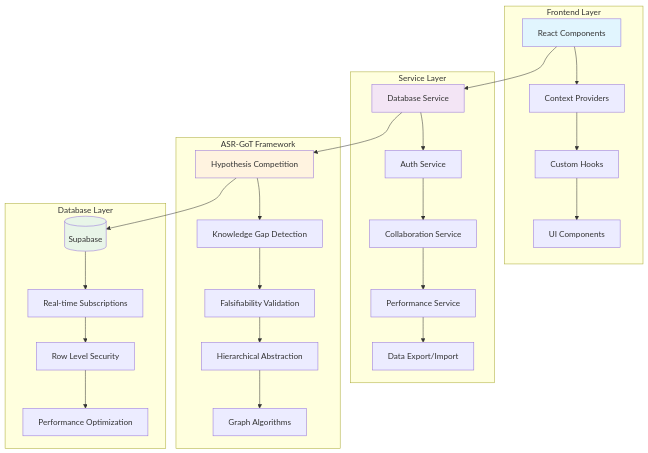
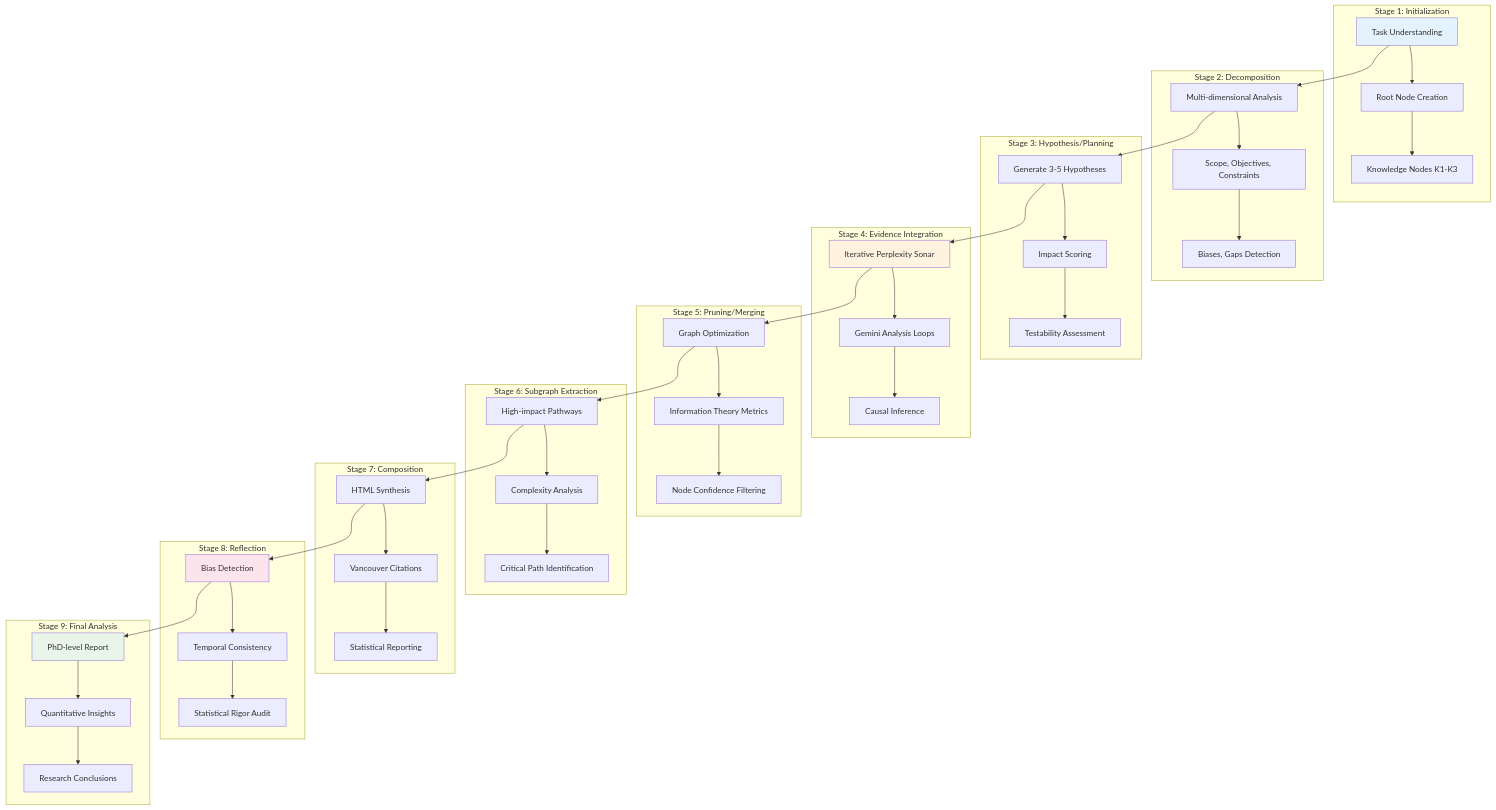
The first of 3 diagrams in README.md (SaptaDey/asr-nexus-explorer), drawn with Mermaid before and after one commit. The commit also changed other lines of this file and 6 other files, not shown here.

First line of the commit message:
MAJOR ENHANCEMENT: Complete ASR-GoT framework fixes and improvements

````diff
--- a/README.md
+++ b/README.md
@@ -57,37 +41,54 @@
 ```mermaid
 graph TB
-    subgraph "Frontend Layer"
-        A[React Components] --> B[Context Providers]
-        B --> C[Custom Hooks]
-        C --> D[UI Components]
+    subgraph "Stage 1: Initialization"
+        A[Task Understanding] --> B[Root Node Creation]
+        B --> C[Knowledge Nodes K1-K3]
     end
     
-    subgraph "Service Layer"
-        E[Database Service] --> F[Auth Service]
-        F --> G[Collaboration Service]
-        G --> H[Performance Service]
-        H --> I[Data Export/Import]
+    subgraph "Stage 2: Decomposition"
+        D[Multi-dimensional Analysis] --> E[Scope, Objectives, Constraints]
+        E --> F[Biases, Gaps Detection]
     end
     
-    subgraph "ASR-GoT Framework"
-        J[Hypothesis Competition] --> K[Knowledge Gap Detection]
-        K --> L[Falsifiability Validation]
-        L --> M[Hierarchical Abstraction]
-        M --> N[Graph Algorithms]
+    subgraph "Stage 3: Hypothesis/Planning"
+        G[Generate 3-5 Hypotheses] --> H[Impact Scoring]
+        H --> I[Testability Assessment]
     end
     
-    subgraph "Database Layer"
-        O[(Supabase)] --> P[Real-time Subscriptions]
-        P --> Q[Row Level Security]
-        Q --> R[Performance Optimization]
+    subgraph "Stage 4: Evidence Integration"
+        J[Iterative Perplexity Sonar] --> K[Gemini Analysis Loops]
+        K --> L[Causal Inference]
     end
     
-    A --> E
-    E --> J
-    J --> O
+    subgraph "Stage 5: Pruning/Merging"
+        M[Graph Optimization] --> N[Information Theory Metrics]
+        N --> O[Node Confidence Filtering]
+    end
     
-    style A fill:#e1f5fe
-    style E fill:#f3e5f5
+    subgraph "Stage 6: Subgraph Extraction"
+        P[High-impact Pathways] --> Q[Complexity Analysis]
+        Q --> R[Critical Path Identification]
+    end
+    
+    subgraph "Stage 7: Composition"
+        S[HTML Synthesis] --> T[Vancouver Citations]
+        T --> U[Statistical Reporting]
+    end
+    
+    subgraph "Stage 8: Reflection"
+        V[Bias Detection] --> W[Temporal Consistency]
+        W --> X[Statistical Rigor Audit]
+    end
+    
+    subgraph "Stage 9: Final Analysis"
+        Y[PhD-level Report] --> Z[Quantitative Insights]
+        Z --> AA[Research Conclusions]
+    end
+    
+    A --> D --> G --> J --> M --> P --> S --> V --> Y
+    
+    style A fill:#e3f2fd
+    style Y fill:#e8f5e8
     style J fill:#fff3e0
-    style O fill:#e8f5e8
+    style V fill:#fce4ec
 ```
````
